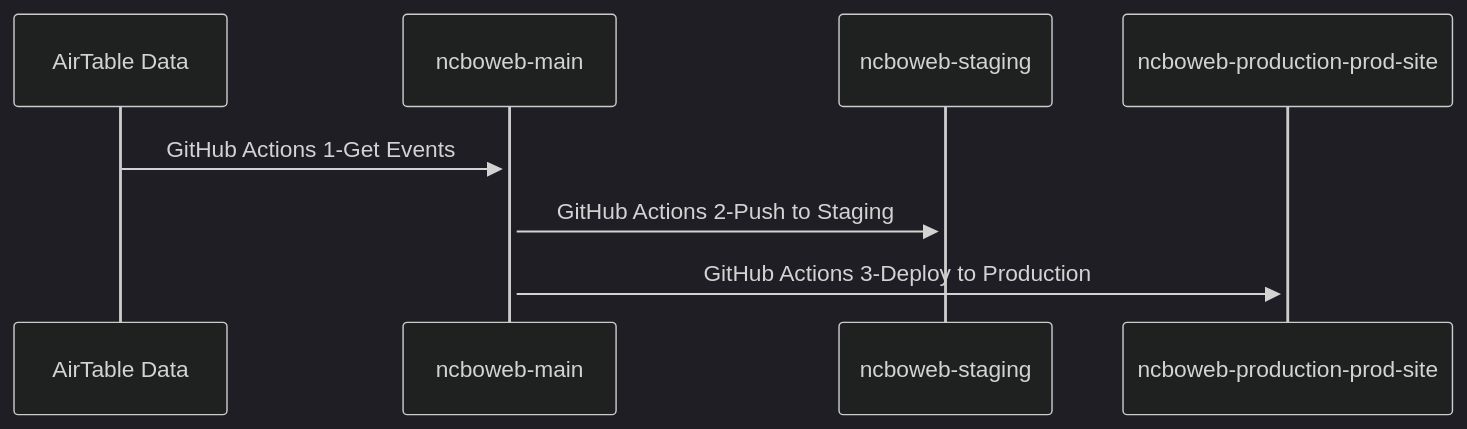
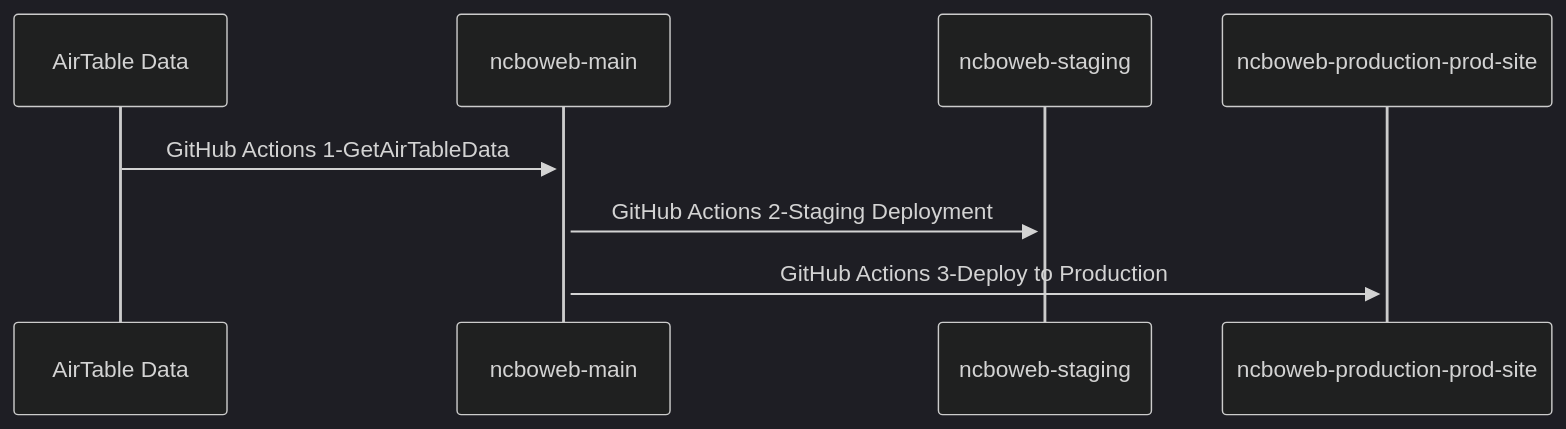
The diagram in README.md (ncbaroqueorchestra/ncboweb), drawn with Mermaid (dark theme) before and after one commit. The commit also changed other lines of this file, not shown here.

````diff
--- a/README.md
+++ b/README.md
@@ -49,6 +126,6 @@
 ```mermaid
 sequenceDiagram
-    AirTable Data->>+ncboweb-main: GitHub Actions 1-Get Events
-    ncboweb-main->>+ncboweb-staging: GitHub Actions 2-Push to Staging
+    AirTable Data->>+ncboweb-main: GitHub Actions 1-GetAirTableData
+    ncboweb-main->>+ncboweb-staging: GitHub Actions 2-Staging Deployment
     ncboweb-main->>+ncboweb-production-prod-site: GitHub Actions 3-Deploy to Production
 ```
````
